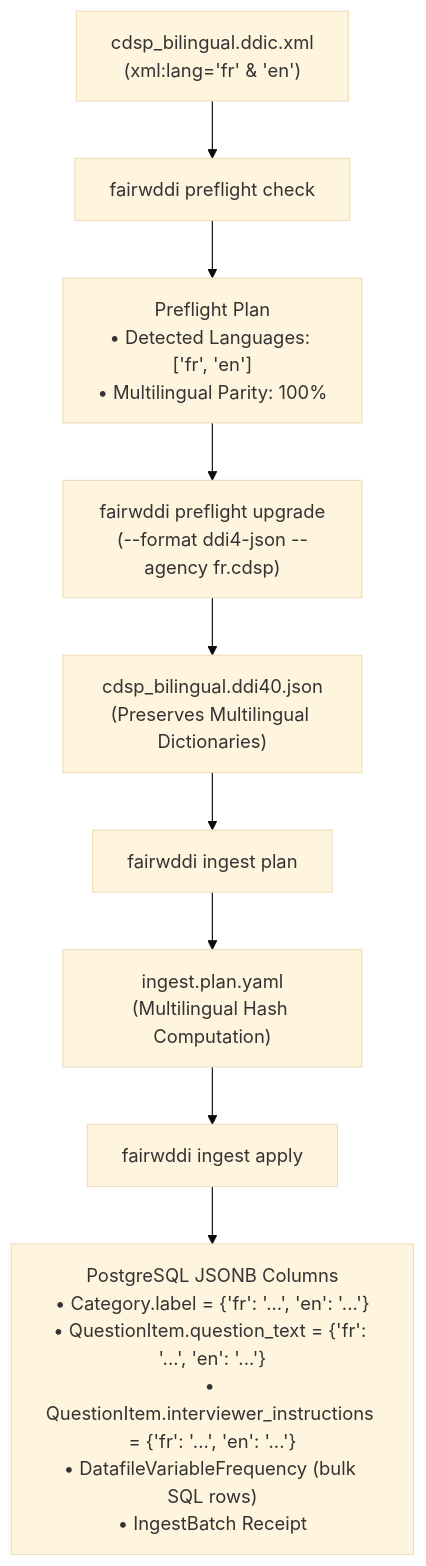
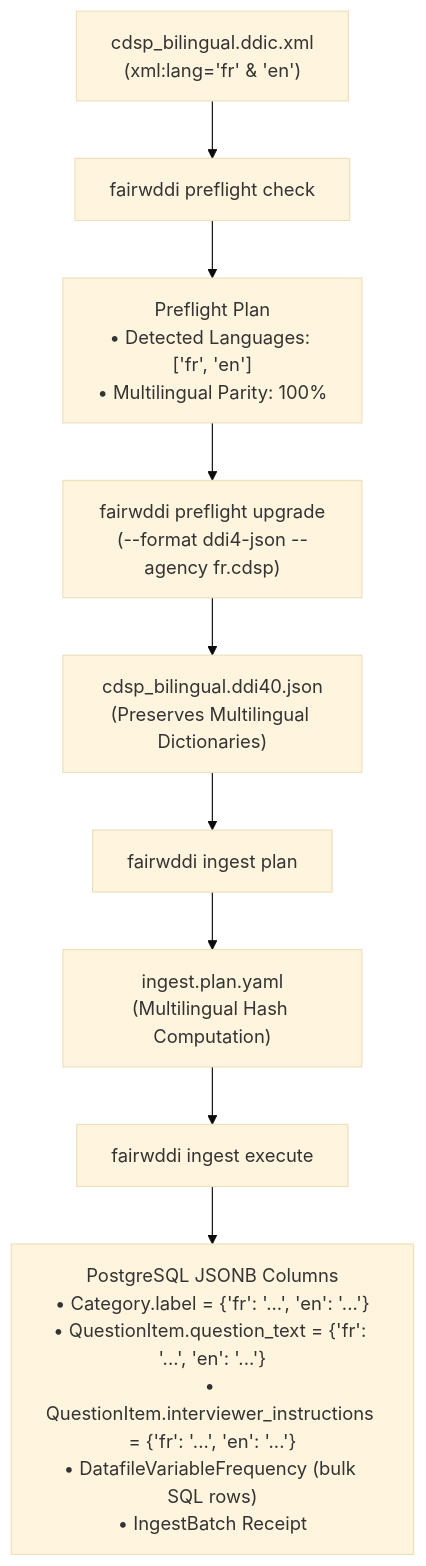
The second of 4 diagrams in deliverables/research/ingestion_workflows.md (PlgaH/fairwddi-wp3-3), drawn with Mermaid (base theme) before and after one commit. The commit also changed other lines of this file and 7 other files, not shown here.

Commit message:
refactor: rename ingest apply command to execute

````diff
--- a/deliverables/research/ingestion_workflows.md
+++ b/deliverables/research/ingestion_workflows.md
@@ -249,11 +249,11 @@
 ```mermaid
 flowchart TD
     A["cdsp_bilingual.ddic.xml\n(xml:lang='fr' & 'en')"] --> B["fairwddi preflight check"]
     B --> C["Preflight Plan\n• Detected Languages: ['fr', 'en']\n• Multilingual Parity: 100%"]
     C --> D["fairwddi preflight upgrade\n(--format ddi4-json --agency fr.cdsp)"]
     D --> E["cdsp_bilingual.ddi40.json\n(Preserves Multilingual Dictionaries)"]
     E --> F["fairwddi ingest plan"]
     F --> G["ingest.plan.yaml\n(Multilingual Hash Computation)"]
-    G --> H["fairwddi ingest apply"]
+    G --> H["fairwddi ingest execute"]
     H --> I["PostgreSQL JSONB Columns\n• Category.label = {'fr': '...', 'en': '...'}\n• QuestionItem.question_text = {'fr': '...', 'en': '...'}\n• QuestionItem.interviewer_instructions = {'fr': '...', 'en': '...'}\n• DatafileVariableFrequency (bulk SQL rows)\n• IngestBatch Receipt"]
 ```
````
